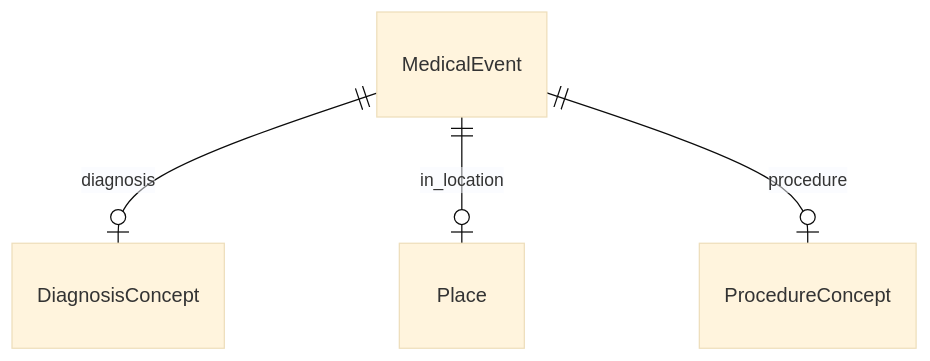
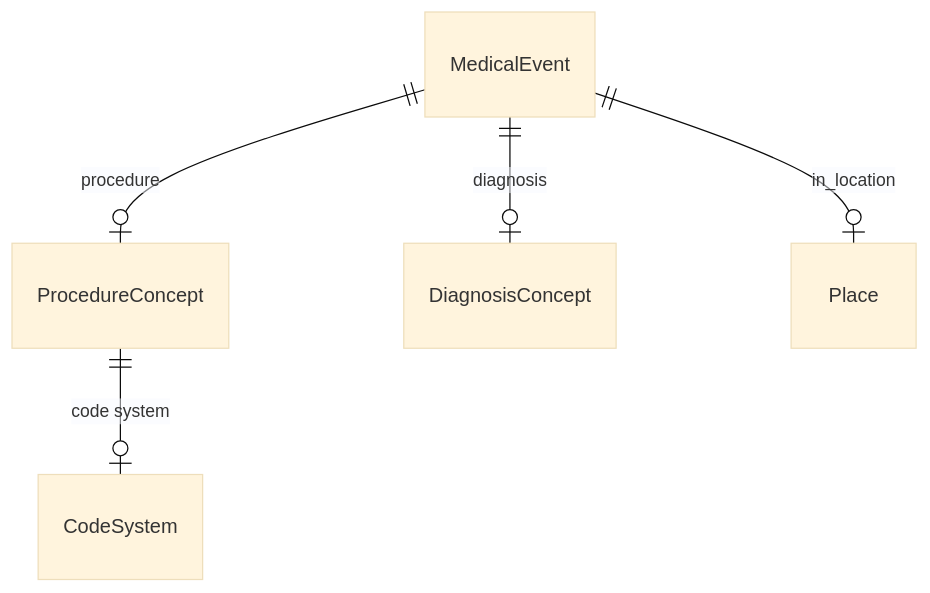
Diagram 19 of 23 in tests/linkml/test_generators/__snapshots__/personinfo.md (linkml/linkml), drawn with Mermaid (base theme) before and after one commit. The commit also changed other lines of this file, not shown here.

````diff
--- a/tests/linkml/test_generators/__snapshots__/personinfo.md
+++ b/tests/linkml/test_generators/__snapshots__/personinfo.md
@@ -765,14 +946,18 @@
 ```mermaid
 erDiagram
+CodeSystem {
+
+}
 MedicalEvent {
 
 }
 ProcedureConcept {
 
 }
 
 MedicalEvent ||--|o DiagnosisConcept : "diagnosis"
 MedicalEvent ||--|o Place : "in_location"
 MedicalEvent ||--|o ProcedureConcept : "procedure"
+ProcedureConcept ||--|o CodeSystem : "code system"
 
 ```
````
